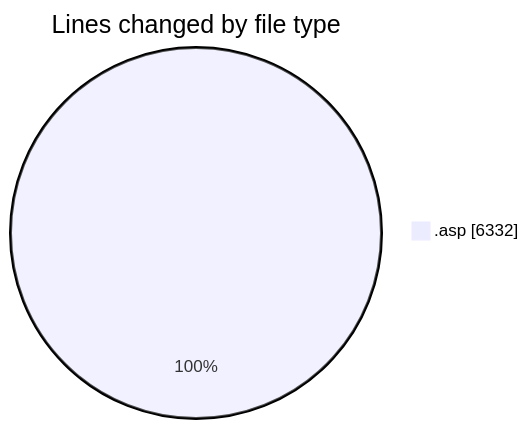
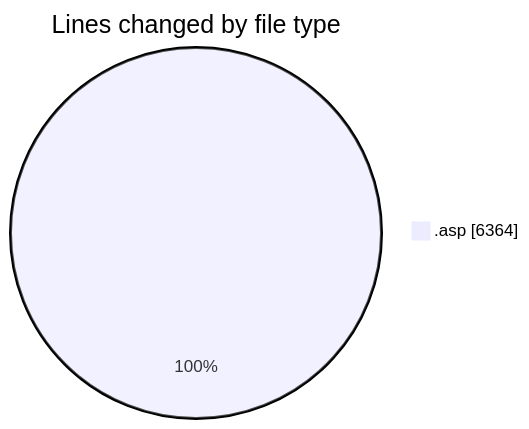
One commit to julien-gomy/code-tracking changed the first of 2 diagrams in 2025-11-10/cdp_aleoudev_fr__workspace_/README.md. Above: the diagram before and after it, drawn with Mermaid. The commit also changed other lines of this file and 1 other file, not shown here.

````diff
--- a/2025-11-10/cdp_aleoudev_fr__workspace_/README.md
+++ b/2025-11-10/cdp_aleoudev_fr__workspace_/README.md
@@ -35,5 +35,5 @@
 ```mermaid
 pie showData
 title Lines changed by file type
-".asp" : 6332
+".asp" : 6364
 ```
````
